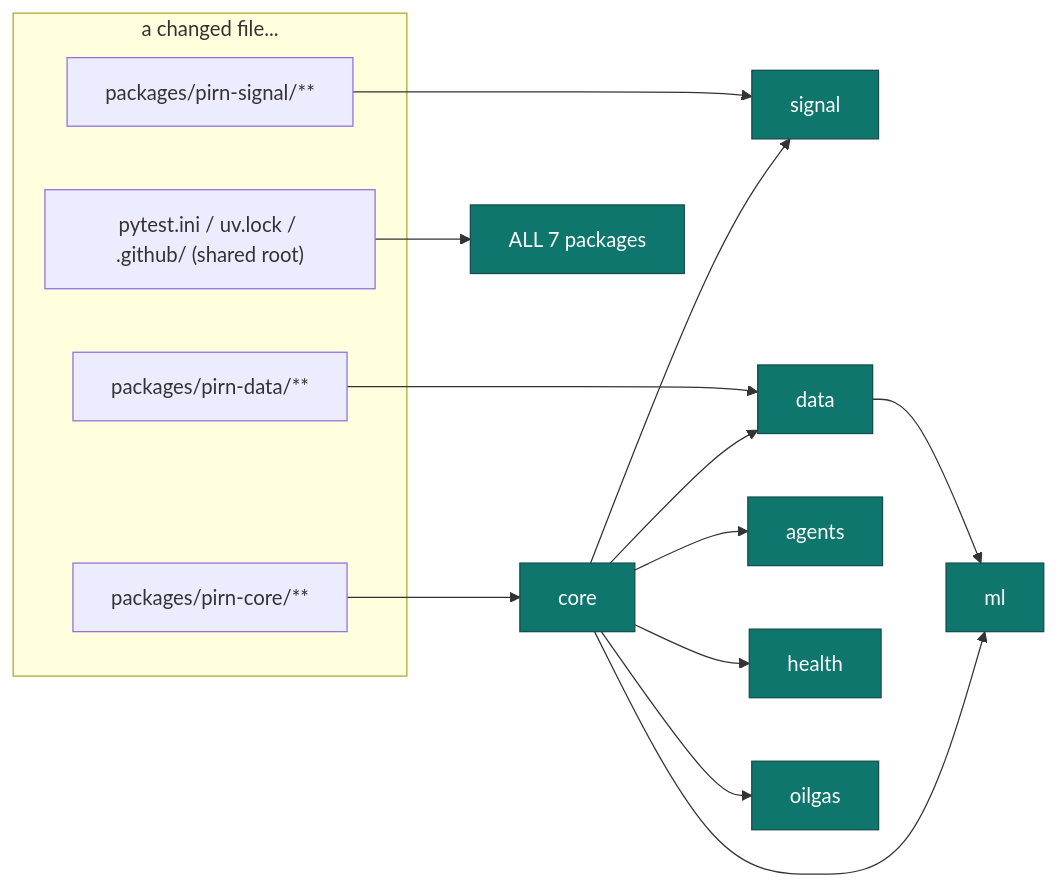
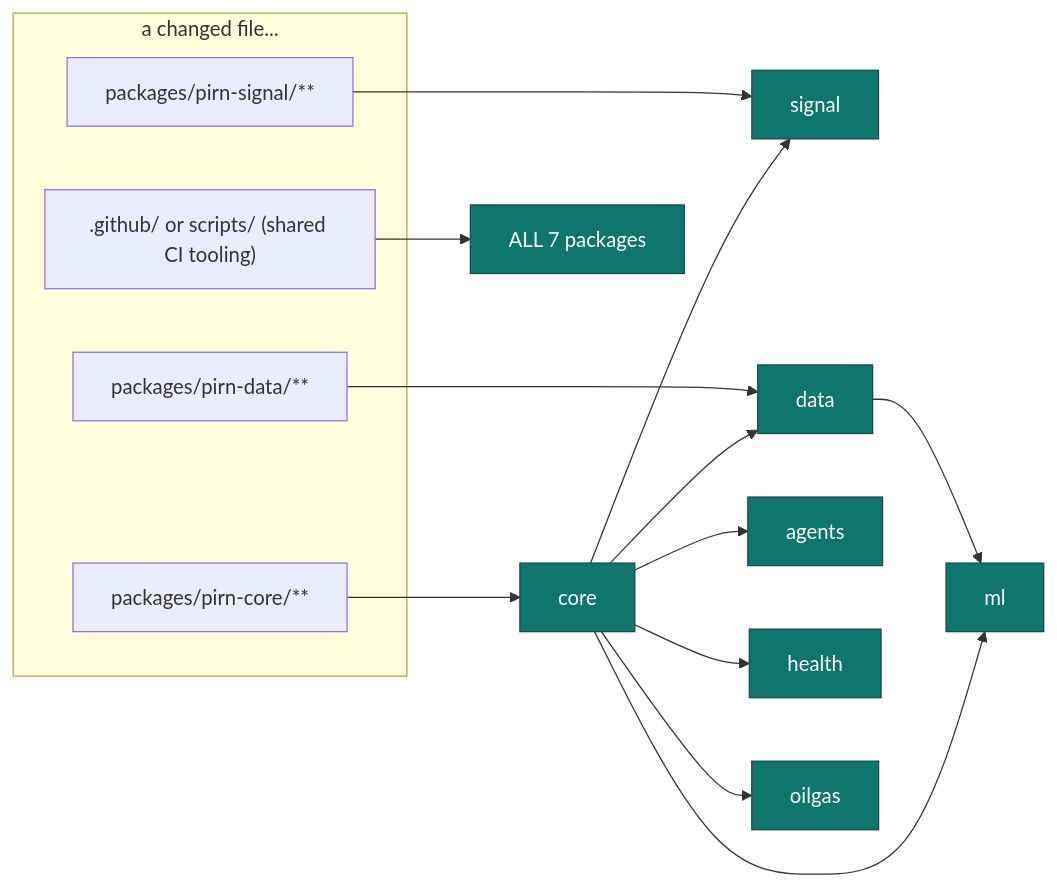
Before and after one commit to snoodleboot-io/pirn: the second of 4 diagrams in docs/architecture/ci-pipelines.md, drawn with Mermaid. The commit also changed other lines of this file and 1248 other files, not shown here.

````diff
--- a/docs/architecture/ci-pipelines.md
+++ b/docs/architecture/ci-pipelines.md
@@ -41,18 +47,18 @@
 ```mermaid
 flowchart LR
     subgraph diff["a changed file..."]
         F1["packages/pirn-signal/**"]
         F2["packages/pirn-data/**"]
         F3["packages/pirn-core/**"]
-        F4["pytest.ini / uv.lock / .github/ (shared root)"]
+        F4[".github/ or scripts/ (shared CI tooling)"]
     end
 
     F1 --> Rsig[signal]
     F2 --> Rdata[data] --> Rml[ml]
     F3 --> CORE[core]
     CORE --> Rsig & Rdata & Rml & Ra[agents] & Rh[health] & Ro[oilgas]
     F4 --> ALL["ALL 7 packages"]
 
     classDef d fill:#0f766e,color:#fff,stroke:#134e4a;
     class Rsig,Rdata,Rml,Ra,Rh,Ro,CORE,ALL d;
 ```
````
